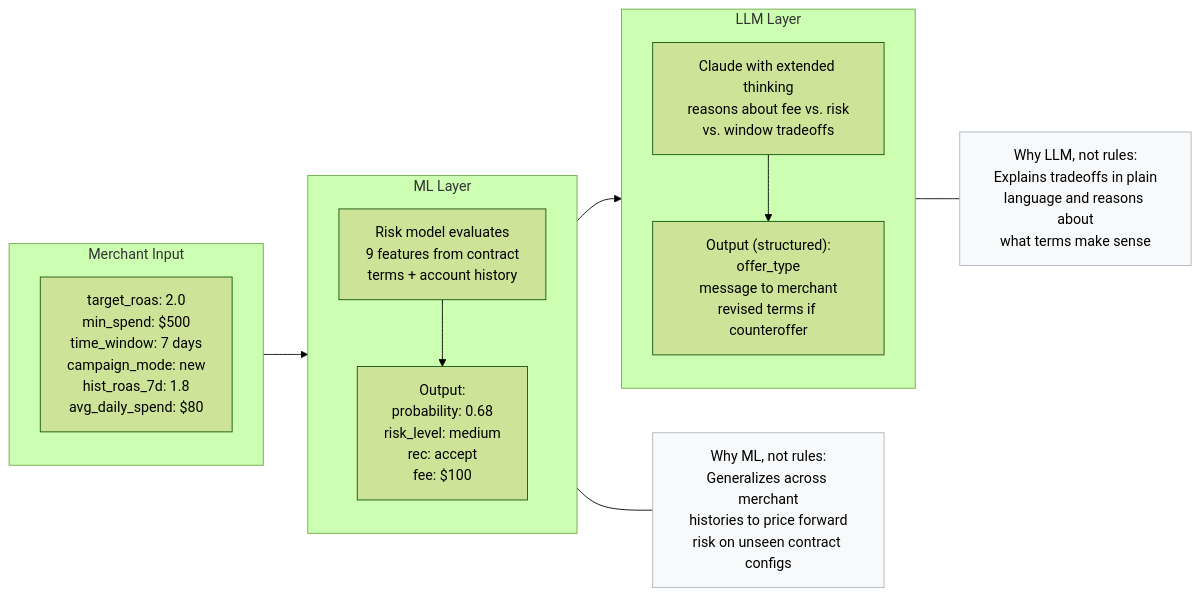
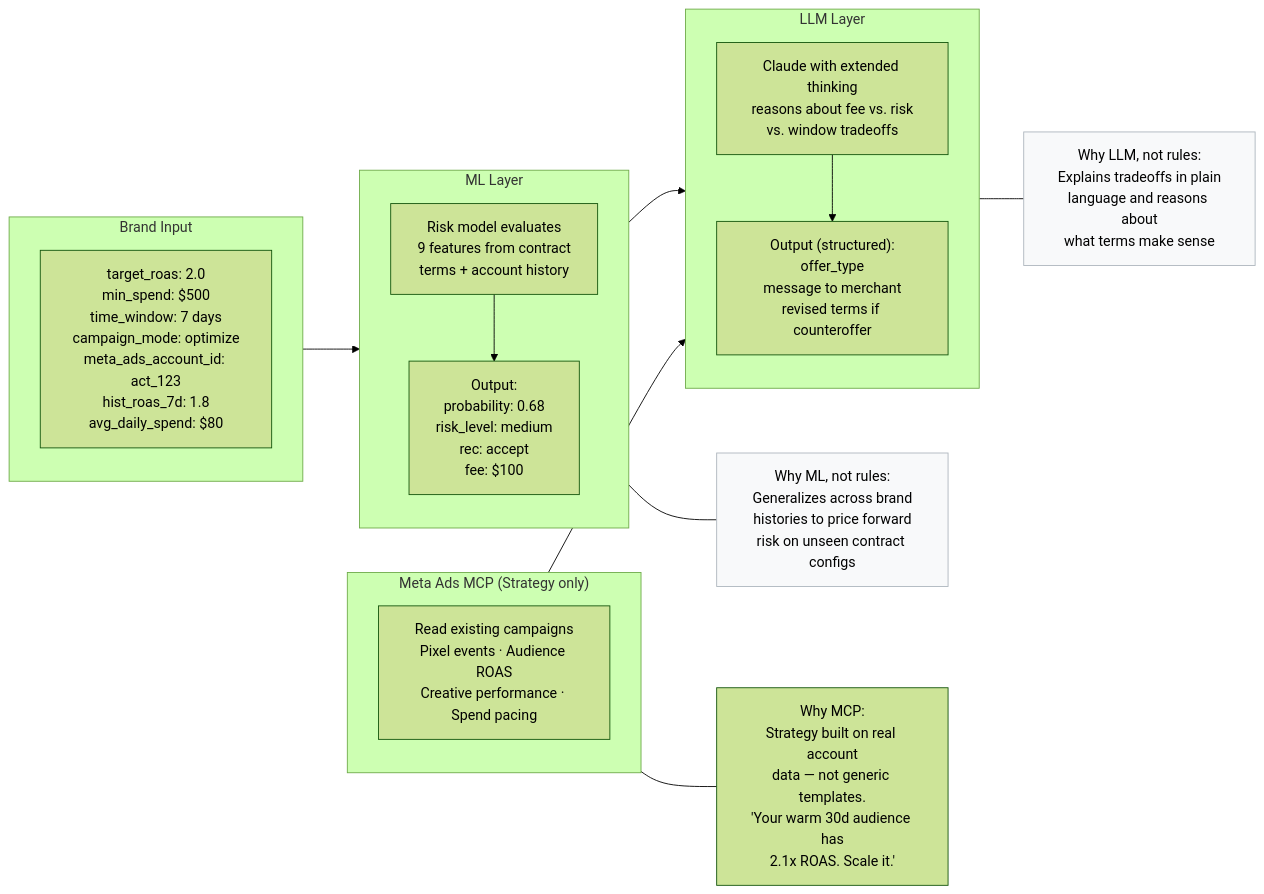
One commit to SankaiAI/Bidtopus changed the fifth of 6 diagrams in pitch/02_system_diagram.md. Above: the diagram before and after it, drawn with Mermaid (forest theme). The commit also changed other lines of this file and 5 other files, not shown here.

First line of the commit message:
docs: reframe OutcomeX target from ecommerce-generic to Meta-native brands

````diff
--- a/pitch/02_system_diagram.md
+++ b/pitch/02_system_diagram.md
@@ -146,29 +148,36 @@
 ```mermaid
 flowchart LR
-    subgraph Input["Merchant Input"]
-        I["target_roas: 2.0\nmin_spend: $500\ntime_window: 7 days\ncampaign_mode: new\nhist_roas_7d: 1.8\navg_daily_spend: $80"]
+    subgraph Input["Brand Input"]
+        I["target_roas: 2.0\nmin_spend: $500\ntime_window: 7 days\ncampaign_mode: optimize\nmeta_ads_account_id: act_123\nhist_roas_7d: 1.8\navg_daily_spend: $80"]
+    end
+
+    subgraph MCP["Meta Ads MCP (Strategy only)"]
+        MC["Read existing campaigns\nPixel events · Audience ROAS\nCreative performance · Spend pacing"]
     end
 
     subgraph ML["ML Layer"]
         M1["Risk model evaluates\n9 features from contract\nterms + account history"]
         M2["Output:\nprobability: 0.68\nrisk_level: medium\nrec: accept\nfee: $100"]
         M1 --> M2
     end
 
     subgraph LLM["LLM Layer"]
         L1["Claude with extended thinking\nreasons about fee vs. risk\nvs. window tradeoffs"]
         L2["Output (structured):\noffer_type\nmessage to merchant\nrevised terms if counteroffer"]
         L1 --> L2
     end
 
     Input --> ML --> LLM
+    MCP --> LLM
 
-    WHY1["Why ML, not rules:\nGeneralizes across merchant\nhistories to price forward\nrisk on unseen contract configs"]
+    WHY1["Why ML, not rules:\nGeneralizes across brand\nhistories to price forward\nrisk on unseen contract configs"]
     WHY2["Why LLM, not rules:\nExplains tradeoffs in plain\nlanguage and reasons about\nwhat terms make sense"]
+    WHYMC["Why MCP:\nStrategy built on real account\ndata — not generic templates.\n'Your warm 30d audience has\n2.1x ROAS. Scale it.'"]
 
     ML --- WHY1
     LLM --- WHY2
+    MCP --- WHYMC
 
     style WHY1 fill:#f8f9fa,stroke:#adb5bd
     style WHY2 fill:#f8f9fa,stroke:#adb5bd
 ```
````
